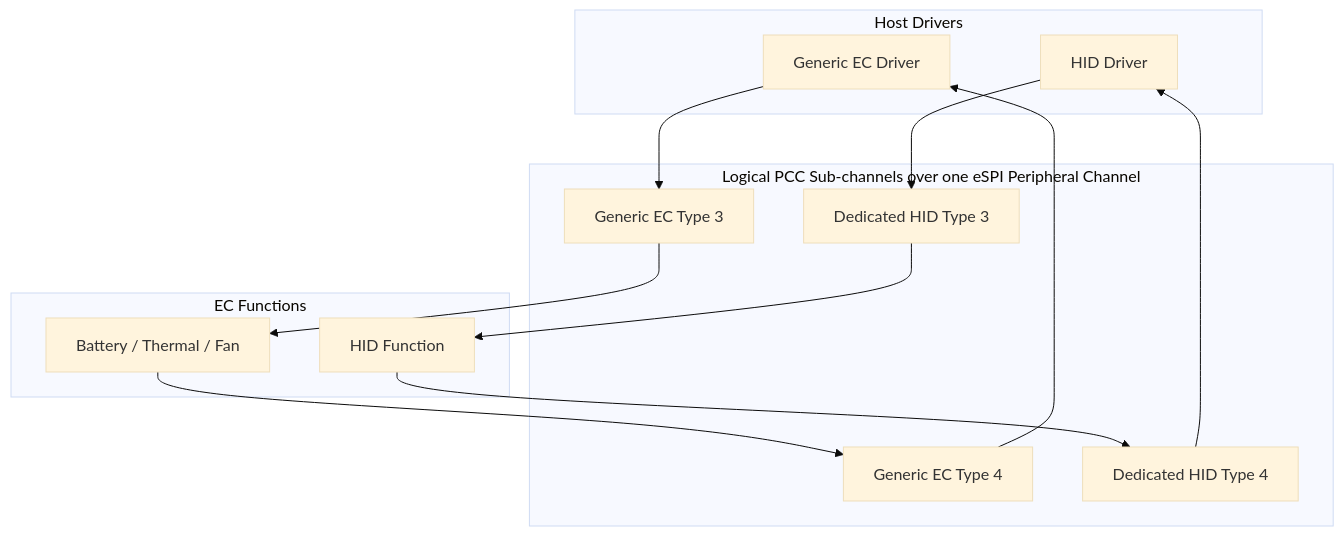
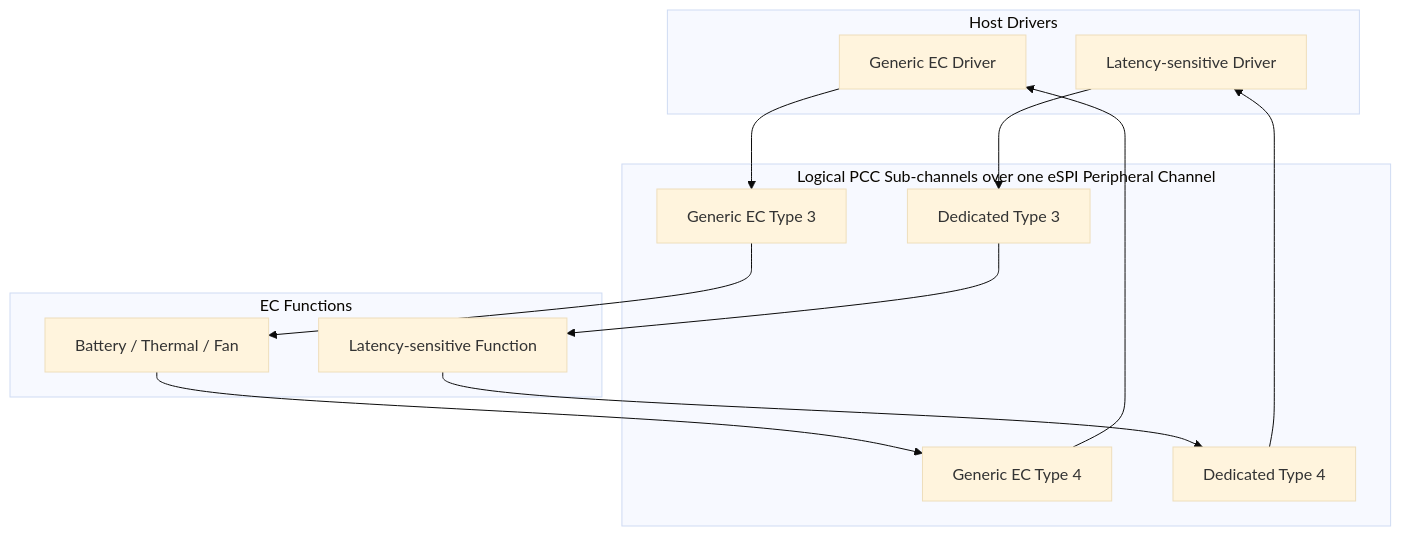
The seventh of 11 diagrams in docs/src/specs/ec_interface/espi/espi_pcc_draft.md (OpenDevicePartnership/odp-embedded-controller), drawn with Mermaid (base theme) before and after one commit. The commit also changed other lines of this file and 2 other files, not shown here.

First line of the commit message:
docs(hid): Add eSPI PCC HID overlay

````diff
--- a/docs/src/specs/ec_interface/espi/espi_pcc_draft.md
+++ b/docs/src/specs/ec_interface/espi/espi_pcc_draft.md
@@ -503,25 +505,25 @@
 ```mermaid
 flowchart TB
     subgraph Host["Host Drivers"]
         GH["Generic EC Driver"]
-        HH["HID Driver"]
+        LH["Latency-sensitive Driver"]
     end
 
     subgraph PCC["Logical PCC Sub-channels over one eSPI Peripheral Channel"]
         G3["Generic EC Type 3"]
         G4["Generic EC Type 4"]
-        H3["Dedicated HID Type 3"]
-        H4["Dedicated HID Type 4"]
+        L3["Dedicated Type 3"]
+        L4["Dedicated Type 4"]
     end
 
     subgraph EC["EC Functions"]
         GE["Battery / Thermal / Fan"]
-        HE["HID Function"]
+        LE["Latency-sensitive Function"]
     end
 
     GH --> G3 --> GE
     GE --> G4 --> GH
 
-    HH --> H3 --> HE
-    HE --> H4 --> HH
+    LH --> L3 --> LE
+    LE --> L4 --> LH
 ```
````
